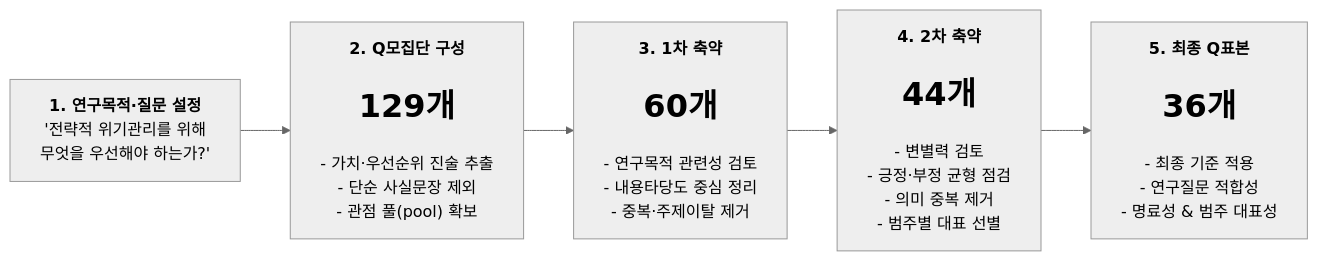
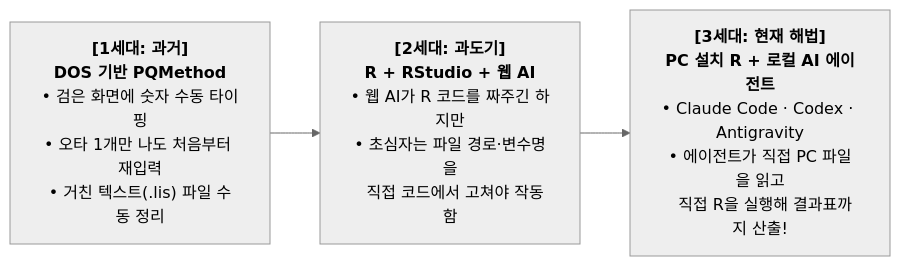
Before and after one commit to skang88/NIMS-2017: the second of 3 diagrams in Q방법론 발표준비/Q방법론 발표준비.md, drawn with Mermaid (neutral theme). The commit also changed other lines of this file and 1 other file, not shown here.

````diff
--- a/Q방법론 발표준비/Q방법론 발표준비.md
+++ b/Q방법론 발표준비/Q방법론 발표준비.md
@@ -122,7 +32,5 @@
 ```mermaid
 flowchart LR
-    P1["<b>1. 연구목적·질문 설정</b><br/>'전략적 위기관리를 위해<br/>무엇을 우선해야 하는가?'"] --> P2["<b>2. Q모집단 구성</b><br/><h1>129개</h1>- 가치·우선순위 진술 추출<br/>- 단순 사실문장 제외<br/>- 관점 풀(pool) 확보"]
-    P2 --> P3["<b>3. 1차 축약</b><br/><h1>60개</h1>- 연구목적 관련성 검토<br/>- 내용타당도 중심 정리<br/>- 중복·주제이탈 제거"]
-    P3 --> P4["<b>4. 2차 축약</b><br/><h1>44개</h1>- 변별력 검토<br/>- 긍정·부정 균형 점검<br/>- 의미 중복 제거<br/>- 범주별 대표 선별"]
-    P4 --> P5["<b>5. 최종 Q표본</b><br/><h1>36개</h1>- 최종 기준 적용<br/>- 연구질문 적합성<br/>- 명료성 & 범주 대표성"]
+    G1["<b>[1세대: 과거]</b><br/><b>DOS 기반 PQMethod</b><br/>• 검은 화면에 숫자 수동 타이핑<br/>• 오타 1개만 나도 처음부터 재입력<br/>• 거친 텍스트(.lis) 파일 수동 정리"] --> G2["<b>[2세대: 과도기]</b><br/><b>R + RStudio + 웹 AI</b><br/>• 웹 AI가 R 코드를 짜주긴 하지만<br/>• 초심자는 파일 경로·변수명을<br/>  직접 코드에서 고쳐야 작동함"]
+    G2 --> G3["<b>[3세대: 현재 해법]</b><br/><b>PC 설치 R + 로컬 AI 에이전트</b><br/>• Claude Code · Codex · Antigravity<br/>• 에이전트가 직접 PC 파일을 읽고<br/>  직접 R을 실행해 결과표까지 산출!"]
 ```
````
